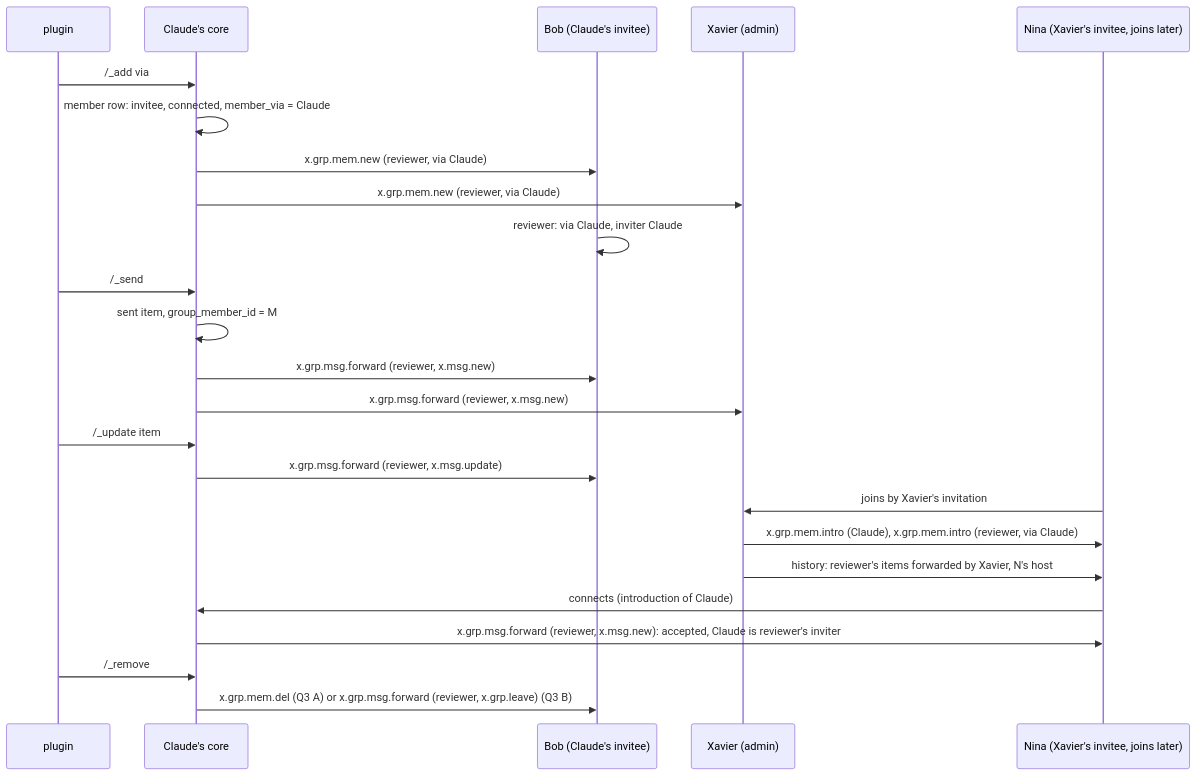
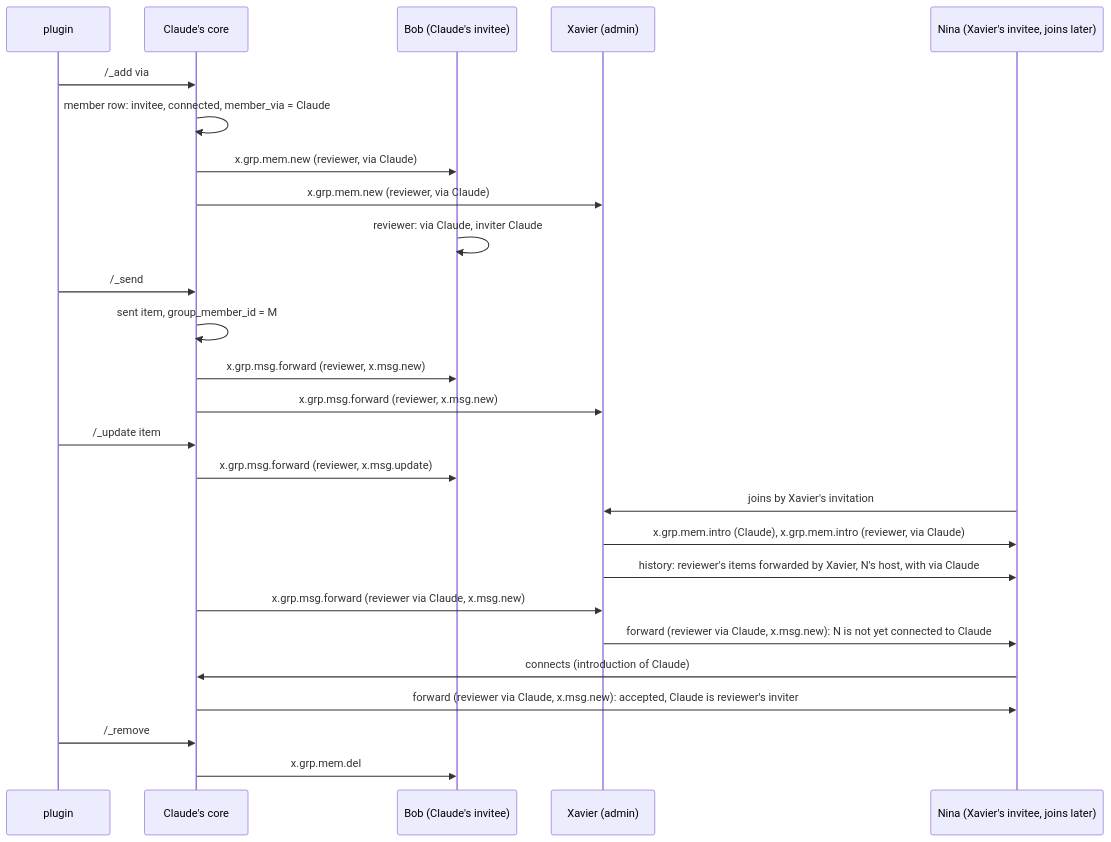
The second of 4 diagrams in plans/2026-11-22-members-via.md (simplex-chat/simplex-chat), drawn with Mermaid before and after one commit. The commit also changed other lines of this file, not shown here.

Commit message:
plans: maintainer's decisions on roles, removal, forwarding by the host, signing and via in each forward

````diff
--- a/plans/2026-11-22-members-via.md
+++ b/plans/2026-11-22-members-via.md
@@ -158,26 +196,28 @@
 ```mermaid
 sequenceDiagram
   participant P as plugin
   participant C as Claude's core
   participant B as Bob (Claude's invitee)
   participant X as Xavier (admin)
   participant N as Nina (Xavier's invitee, joins later)
   P->>C: /_add via #G member json PROFILE
   C->>C: member row: invitee, connected, member_via = Claude
   C->>B: x.grp.mem.new (reviewer, via Claude)
   C->>X: x.grp.mem.new (reviewer, via Claude)
   B->>B: reviewer: via Claude, inviter Claude
   P->>C: /_send #G(as_member=M) live=on json [...]
   C->>C: sent item, group_member_id = M
   C->>B: x.grp.msg.forward (reviewer, x.msg.new)
   C->>X: x.grp.msg.forward (reviewer, x.msg.new)
   P->>C: /_update item #G I live=off json [...]
   C->>B: x.grp.msg.forward (reviewer, x.msg.update)
   N->>X: joins by Xavier's invitation
   X->>N: x.grp.mem.intro (Claude), x.grp.mem.intro (reviewer, via Claude)
-  X->>N: history: reviewer's items forwarded by Xavier, N's host
+  X->>N: history: reviewer's items forwarded by Xavier, N's host, with via Claude
+  C->>X: x.grp.msg.forward (reviewer via Claude, x.msg.new)
+  X->>N: forward (reviewer via Claude, x.msg.new): N is not yet connected to Claude
   N->>C: connects (introduction of Claude)
-  C->>N: x.grp.msg.forward (reviewer, x.msg.new): accepted, Claude is reviewer's inviter
+  C->>N: forward (reviewer via Claude, x.msg.new): accepted, Claude is reviewer's inviter
   P->>C: /_remove #G M
-  C->>B: x.grp.mem.del (Q3 A) or x.grp.msg.forward (reviewer, x.grp.leave) (Q3 B)
+  C->>B: x.grp.mem.del
 ```
````
